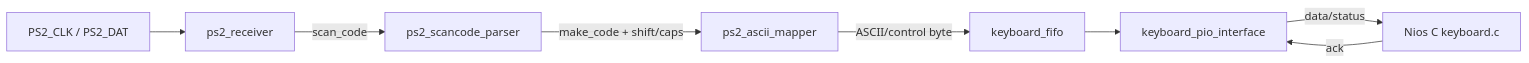
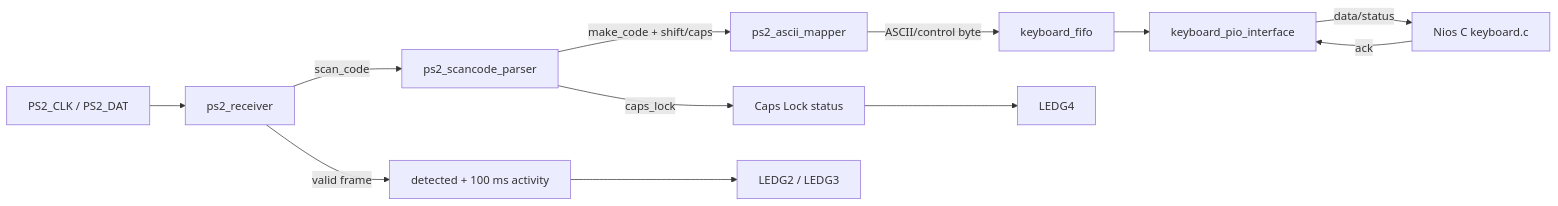
The fourth of 13 diagrams in docs/hierarchy.md (Dao-you/altera_nios_typewriter), drawn with Mermaid before and after one commit. The commit also changed other lines of this file and 11 other files, not shown here.

````diff
--- a/docs/hierarchy.md
+++ b/docs/hierarchy.md
@@ -186,10 +187,14 @@
 ```mermaid
 flowchart LR
     PS2[PS2_CLK / PS2_DAT] --> RX[ps2_receiver]
     RX -->|scan_code| Parser[ps2_scancode_parser]
     Parser -->|make_code + shift/caps| Mapper[ps2_ascii_mapper]
     Mapper -->|ASCII/control byte| FIFO[keyboard_fifo]
     FIFO --> PIO[keyboard_pio_interface]
     PIO -->|data/status| Nios[Nios C keyboard.c]
     Nios -->|ack| PIO
+    RX -->|valid frame| Detect[detected + 100 ms activity]
+    Parser -->|caps_lock| Caps[Caps Lock status]
+    Detect --> LEDG23[LEDG2 / LEDG3]
+    Caps --> LEDG4[LEDG4]
 ```
````
